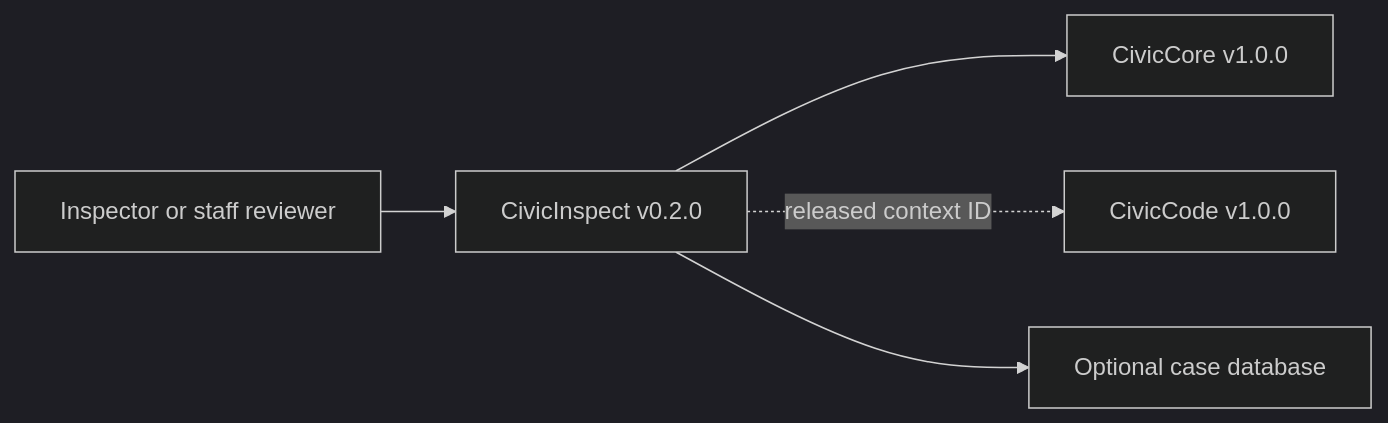
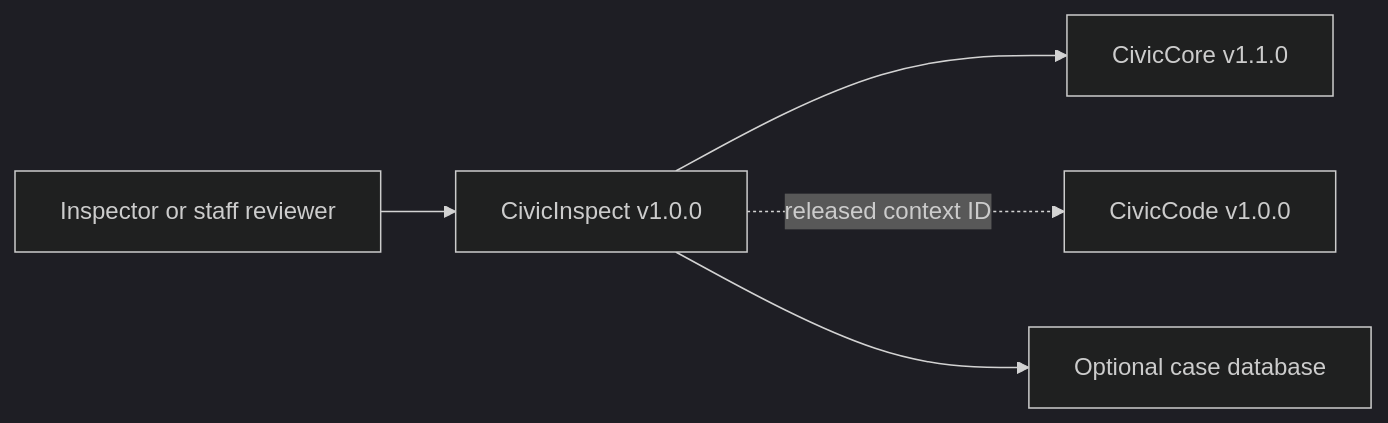
Before and after one commit to CivicSuite/civicinspect: the diagram in USER-MANUAL.md, drawn with Mermaid (dark theme). The commit also changed other lines of this file and 97 other files, not shown here.

````diff
--- a/USER-MANUAL.md
+++ b/USER-MANUAL.md
@@ -36,7 +36,7 @@
 ```mermaid
 flowchart LR
-  Staff["Inspector or staff reviewer"] --> CivicInspect["CivicInspect v0.2.0"]
-  CivicInspect --> CivicCore["CivicCore v1.0.0"]
+  Staff["Inspector or staff reviewer"] --> CivicInspect["CivicInspect v1.0.0"]
+  CivicInspect --> CivicCore["CivicCore v1.1.0"]
   CivicInspect -. released context ID .-> CivicCode["CivicCode v1.0.0"]
   CivicInspect --> DB["Optional case database"]
 ```
````
